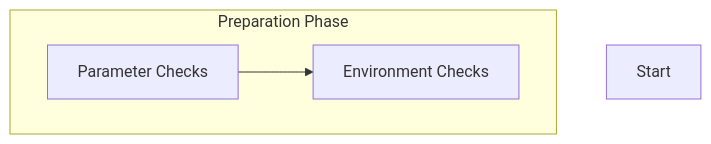
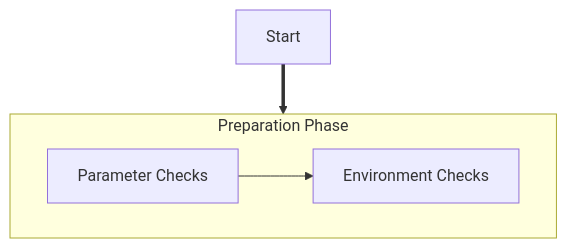
The diagram in SMKITS5/README.md (bh-8/amsl-it-security-projects), drawn with Mermaid before and after one commit.

````diff
--- a/SMKITS5/README.md
+++ b/SMKITS5/README.md
@@ -78,10 +78,11 @@
     ```mermaid
     flowchart TB;
       start["Start"]
       subgraph "Preparation Phase"
         direction LR
         params["Parameter Checks"]
         env["Environment Checks"]
         params-->env
       end
+      start==>params
     ```
````
